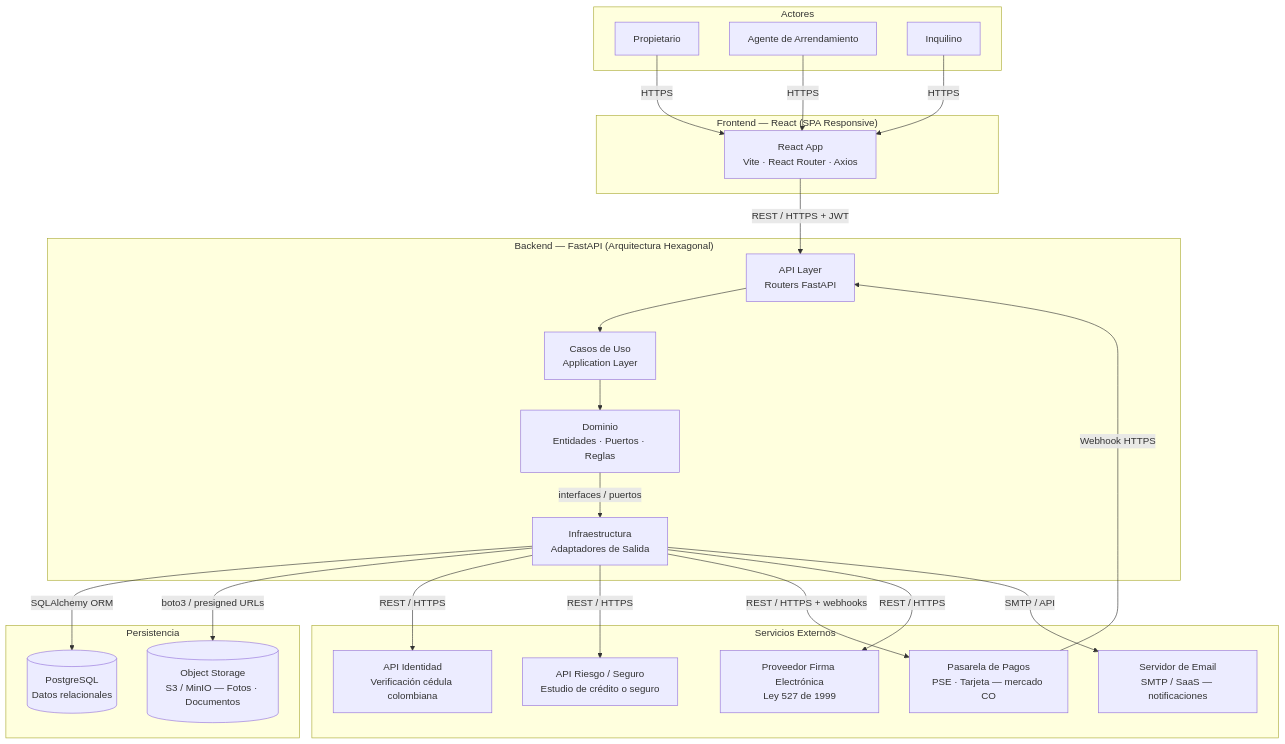
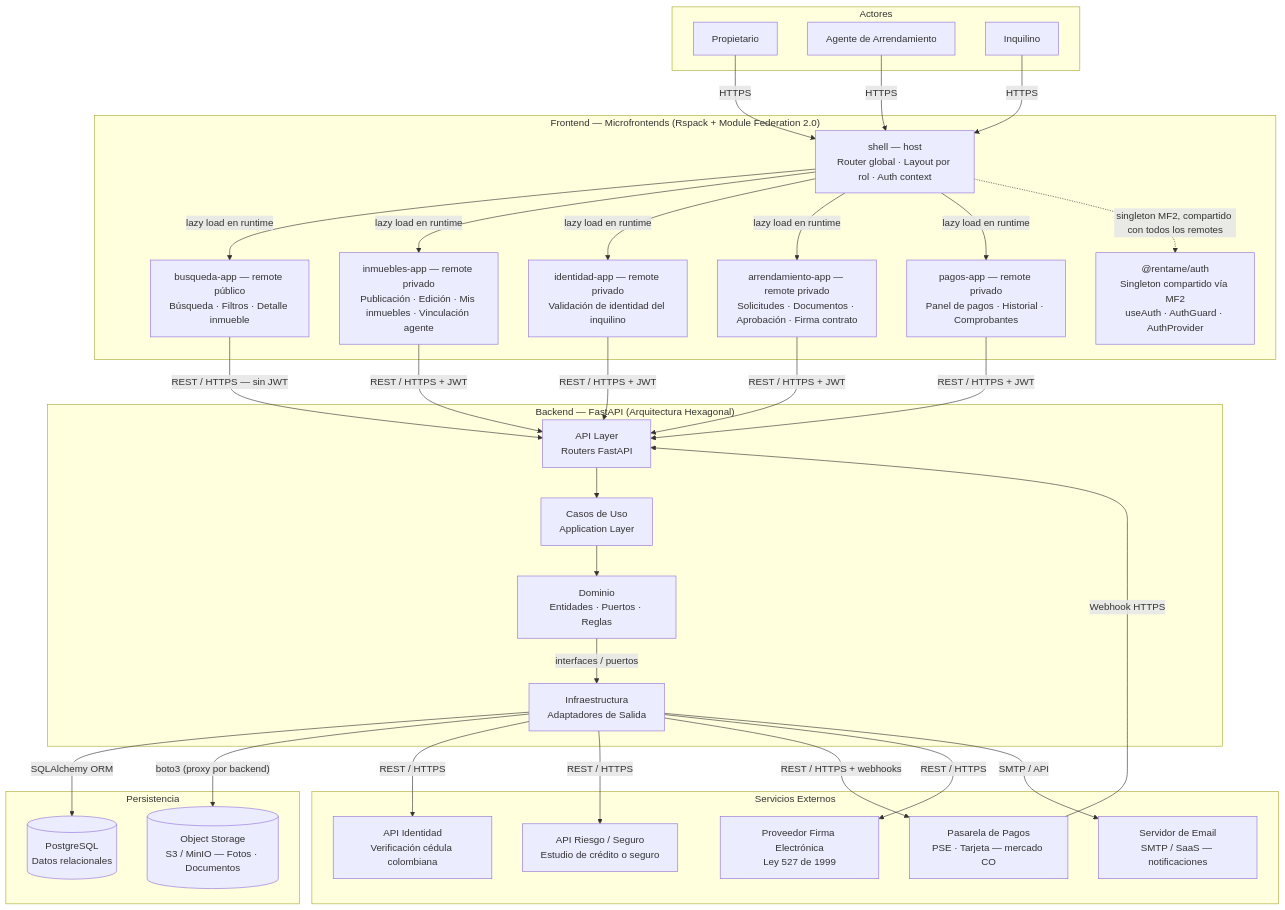
The first of 7 diagrams in docs/architecture/architecture.md (LIDR-academy/AI4Devs-finalproject), drawn with Mermaid before and after one commit. The commit also changed other lines of this file and 8 other files, not shown here.

First line of the commit message:
Sincroniza documentación con el avance de implementación en Rentame

````diff
--- a/docs/architecture/architecture.md
+++ b/docs/architecture/architecture.md
@@ -7,51 +7,69 @@
 ```mermaid
 graph TD
     subgraph Actores
         PRP[Propietario]
         AGT[Agente de Arrendamiento]
         INQ[Inquilino]
     end
 
-    subgraph Frontend["Frontend — React (SPA Responsive)"]
-        FE[React App\nVite · React Router · Axios]
+    subgraph Frontend["Frontend — Microfrontends (Rspack + Module Federation 2.0)"]
+        SHELL["shell — host\nRouter global · Layout por rol · Auth context"]
+        BUSQAPP["busqueda-app — remote público\nBúsqueda · Filtros · Detalle inmueble"]
+        INMAPP["inmuebles-app — remote privado\nPublicación · Edición · Mis inmuebles · Vinculación agente"]
+        IDENTAPP["identidad-app — remote privado\nValidación de identidad del inquilino"]
+        ARRAPP["arrendamiento-app — remote privado\nSolicitudes · Documentos · Aprobación · Firma contrato"]
+        PAGAPP["pagos-app — remote privado\nPanel de pagos · Historial · Comprobantes"]
+        AUTHPKG["@rentame/auth\nSingleton compartido vía MF2\nuseAuth · AuthGuard · AuthProvider"]
+
+        SHELL -->|lazy load en runtime| BUSQAPP
+        SHELL -->|lazy load en runtime| INMAPP
+        SHELL -->|lazy load en runtime| IDENTAPP
+        SHELL -->|lazy load en runtime| ARRAPP
+        SHELL -->|lazy load en runtime| PAGAPP
+        SHELL -.->|singleton MF2, compartido con todos los remotes| AUTHPKG
     end
 
     subgraph Backend["Backend — FastAPI (Arquitectura Hexagonal)"]
         API[API Layer\nRouters FastAPI]
         UC[Casos de Uso\nApplication Layer]
         DOM[Dominio\nEntidades · Puertos · Reglas]
         INFRA[Infraestructura\nAdaptadores de Salida]
     end
 
     subgraph Persistencia["Persistencia"]
         PG[(PostgreSQL\nDatos relacionales)]
         S3[(Object Storage\nS3 / MinIO — Fotos · Documentos)]
     end
 
     subgraph Externos["Servicios Externos"]
-        IDENT[API Identidad\nVerificación cédula colombiana]
+        IDENTE[API Identidad\nVerificación cédula colombiana]
         RIESGO[API Riesgo / Seguro\nEstudio de crédito o seguro]
-        PAGOS[Pasarela de Pagos\nPSE · Tarjeta — mercado CO]
+        PAGOSEXT[Pasarela de Pagos\nPSE · Tarjeta — mercado CO]
         FIRMA[Proveedor Firma Electrónica\nLey 527 de 1999]
         EMAIL[Servidor de Email\nSMTP / SaaS — notificaciones]
     end
 
-    PRP -->|HTTPS| FE
-    AGT -->|HTTPS| FE
-    INQ -->|HTTPS| FE
+    PRP -->|HTTPS| SHELL
+    AGT -->|HTTPS| SHELL
+    INQ -->|HTTPS| SHELL
 
-    FE -->|REST / HTTPS + JWT| API
+    BUSQAPP -->|REST / HTTPS — sin JWT| API
+    INMAPP -->|REST / HTTPS + JWT| API
+    IDENTAPP -->|REST / HTTPS + JWT| API
+    ARRAPP -->|REST / HTTPS + JWT| API
+    PAGAPP -->|REST / HTTPS + JWT| API
+
     API --> UC
     UC --> DOM
-    DOM --> |interfaces / puertos| INFRA
+    DOM -->|interfaces / puertos| INFRA
 
     INFRA -->|SQLAlchemy ORM| PG
-    INFRA -->|boto3 / presigned URLs| S3
-    INFRA -->|REST / HTTPS| IDENT
+    INFRA -->|"boto3 (proxy por backend)"| S3
+    INFRA -->|REST / HTTPS| IDENTE
     INFRA -->|REST / HTTPS| RIESGO
-    INFRA -->|REST / HTTPS + webhooks| PAGOS
+    INFRA -->|REST / HTTPS + webhooks| PAGOSEXT
     INFRA -->|REST / HTTPS| FIRMA
     INFRA -->|SMTP / API| EMAIL
 
-    PAGOS -->|Webhook HTTPS| API
+    PAGOSEXT -->|Webhook HTTPS| API
 ```
````
